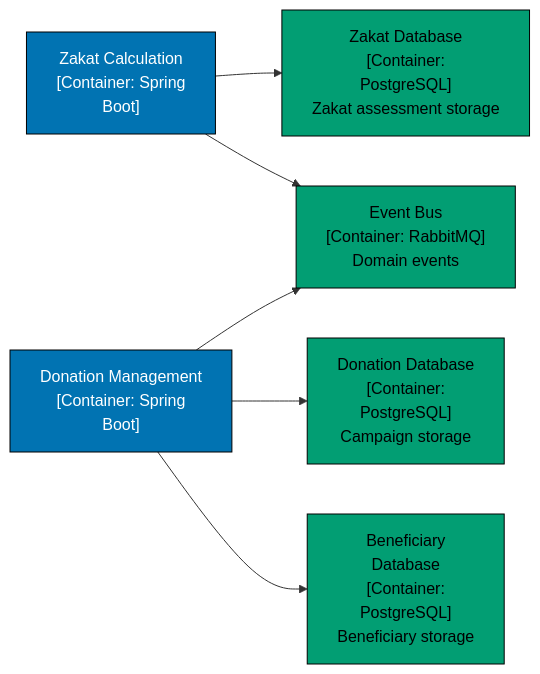
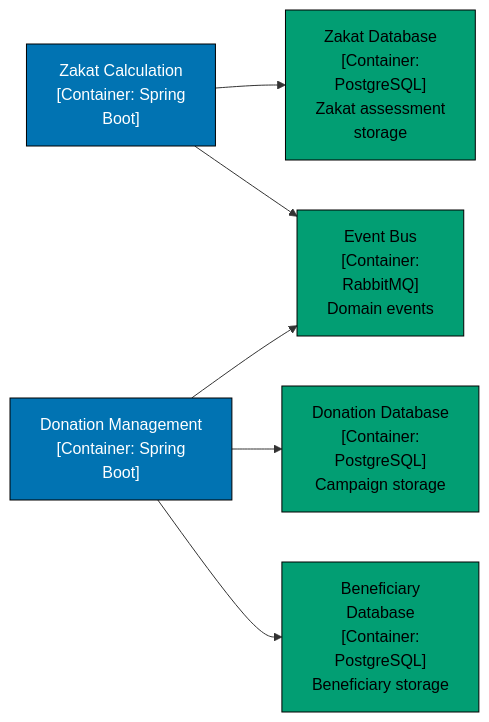
One commit to wahidyankf/ose-public changed the third of 5 diagrams in docs/explanation/software-engineering/architecture/c4-architecture-model/bounded-context-visualization.md. Above: the diagram before and after it, drawn with Mermaid. The commit also changed other lines of this file and 220 other files, not shown here.

First line of the commit message:
docs: split mermaid labels to 20 graphemes and add palette defaults

````diff
--- a/docs/explanation/software-engineering/architecture/c4-architecture-model/bounded-context-visualization.md
+++ b/docs/explanation/software-engineering/architecture/c4-architecture-model/bounded-context-visualization.md
@@ -162,20 +164,21 @@
 ```mermaid
 graph LR
     accTitle: Container Diagram Single System with Multiple Contexts 2
     accDescr: Zakat Calculation Container: Spring Boot leads to Zakat Database Container: PostgreSQL Zakat assessment storage; Zakat Calculation Container: Spring Boot leads to Event Bus Container: RabbitMQ Domain events; and 3 more links.
     ZakatAPI["Zakat Calculation<br/>[Container: Spring<br/>Boot]"]:::blue
     DonationAPI["Donation Management<br/>[Container: Spring<br/>Boot]"]:::blue
-    ZakatDB["Zakat Database<br/>[Container:<br/>PostgreSQL]<br/>Zakat assessment storage"]:::teal
+    ZakatDB["Zakat Database<br/>[Container:<br/>PostgreSQL]<br/>Zakat assessment<br/>storage"]:::teal
     DonationDB["Donation Database<br/>[Container:<br/>PostgreSQL]<br/>Campaign storage"]:::teal
     BeneficiaryDB["Beneficiary<br/>Database<br/>[Container:<br/>PostgreSQL]<br/>Beneficiary storage"]:::teal
-    MQ["Event Bus<br/>[Container: RabbitMQ]<br/>Domain events"]:::teal
+    MQ["Event Bus<br/>[Container:<br/>RabbitMQ]<br/>Domain events"]:::teal
 
     ZakatAPI --> ZakatDB
     ZakatAPI --> MQ
     DonationAPI --> DonationDB
     DonationAPI --> BeneficiaryDB
     DonationAPI --> MQ
 
     classDef blue fill:#0173B2,stroke:#000000,color:#FFFFFF
     classDef teal fill:#029E73,stroke:#000000,color:#000000
+    classDef default fill:#FFFFFF,stroke:#000000,color:#000000
 ```
````
